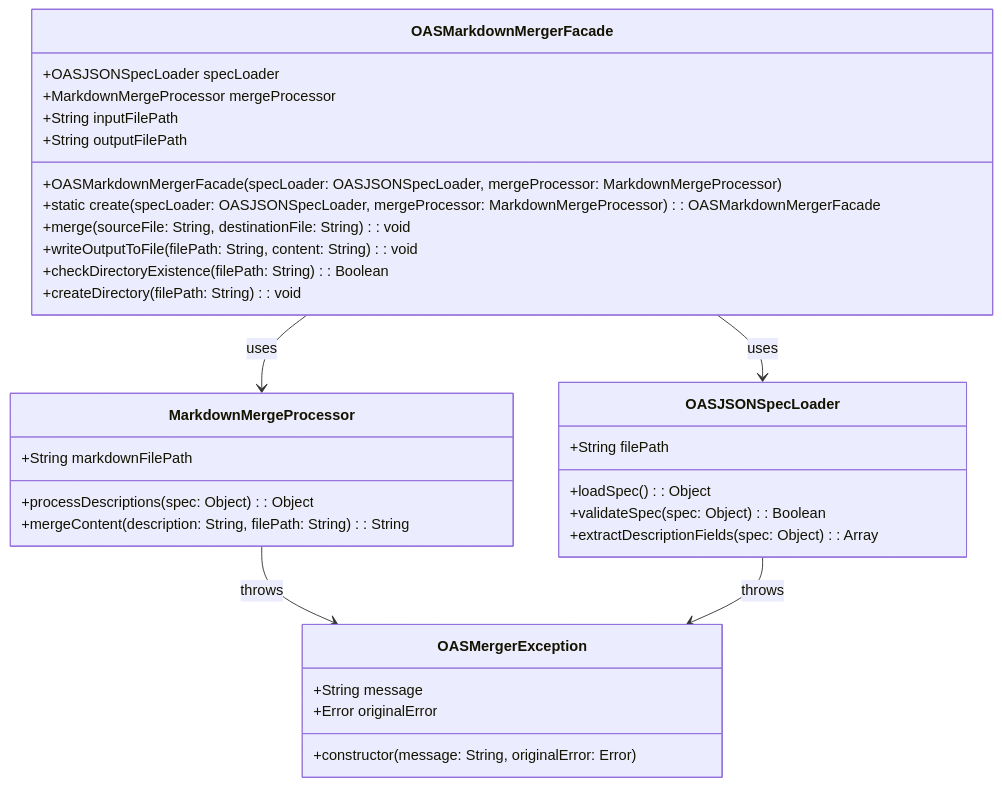
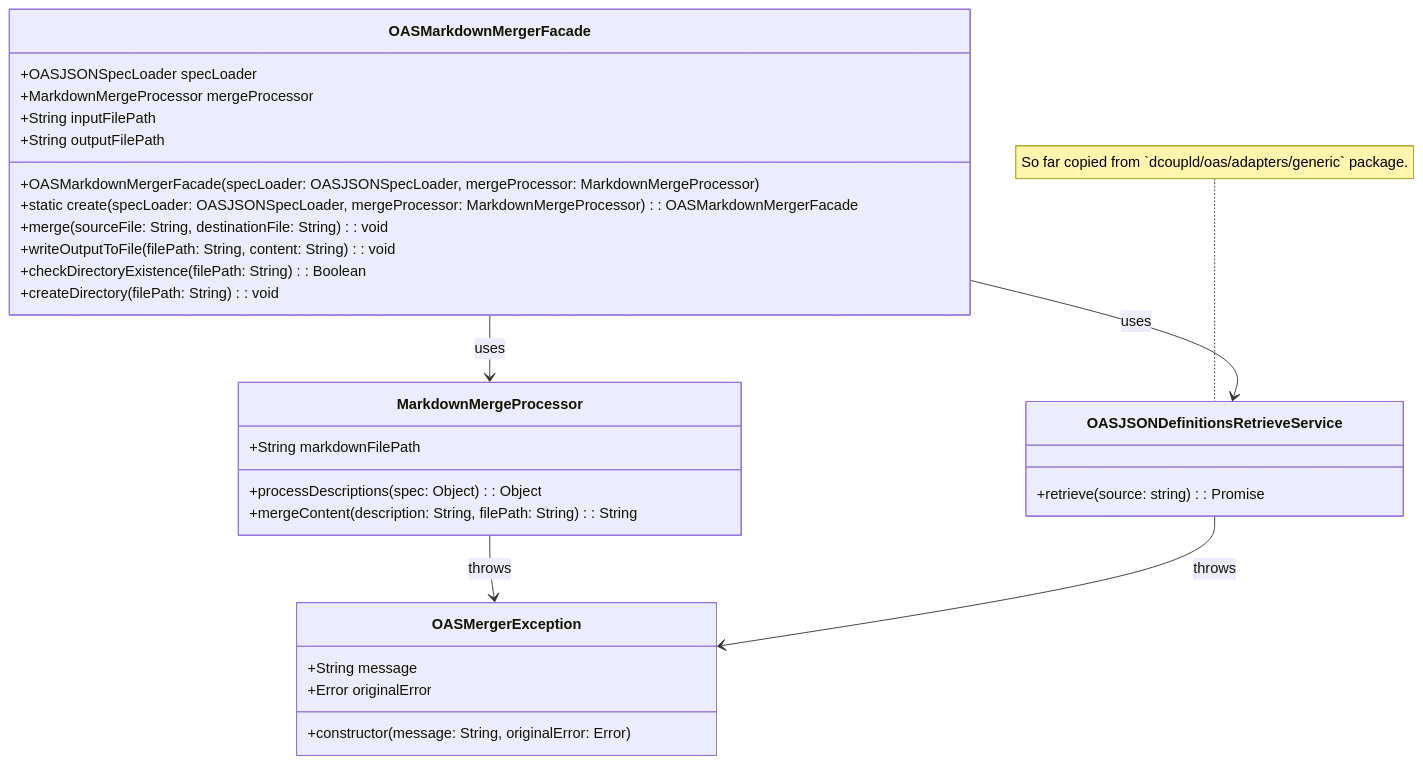
One commit to WhereJuly/60-1-oas-markdown-merger changed the diagram in .docs/design/class-diagram.uml.md. Above: the diagram before and after it, drawn with Mermaid.

Commit message:
[utilities/markdown-merger] Update (design): class diagram

````diff
--- a/.docs/design/class-diagram.uml.md
+++ b/.docs/design/class-diagram.uml.md
@@ -1,40 +1,40 @@
 ```mermaid
 classDiagram
     class OASMarkdownMergerFacade {
         +OASJSONSpecLoader specLoader
         +MarkdownMergeProcessor mergeProcessor
         +String inputFilePath
         +String outputFilePath
         +OASMarkdownMergerFacade(specLoader: OASJSONSpecLoader, mergeProcessor: MarkdownMergeProcessor)
         +static create(specLoader: OASJSONSpecLoader, mergeProcessor: MarkdownMergeProcessor): OASMarkdownMergerFacade
         +merge(sourceFile: String, destinationFile: String): void
         +writeOutputToFile(filePath: String, content: String): void
         +checkDirectoryExistence(filePath: String): Boolean
         +createDirectory(filePath: String): void
     }
     
-    class OASJSONSpecLoader {
-        +String filePath
-        +loadSpec(): Object
-        +validateSpec(spec: Object): Boolean
-        +extractDescriptionFields(spec: Object): Array
+    class OASJSONDefinitionsRetrieveService {
+        +retrieve(source: string): Promise<OpenAPIV3_1.Document>
     }
 
     class MarkdownMergeProcessor {
         +String markdownFilePath
         +processDescriptions(spec: Object): Object
         +mergeContent(description: String, filePath: String): String
     }
 
     class OASMergerException {
         +String message
         +Error originalError
         +constructor(message: String, originalError: Error)
     }
 
-    OASMarkdownMergerFacade --> OASJSONSpecLoader : uses
+    OASMarkdownMergerFacade --> OASJSONDefinitionsRetrieveService : uses
     OASMarkdownMergerFacade --> MarkdownMergeProcessor : uses
     MarkdownMergeProcessor --> OASMergerException : throws
-    OASJSONSpecLoader --> OASMergerException : throws
+    OASJSONDefinitionsRetrieveService --> OASMergerException : throws
+
+    note for OASJSONDefinitionsRetrieveService "So far copied from `dcoupld/oas/adapters/generic` package."
+
 
 ```
````
